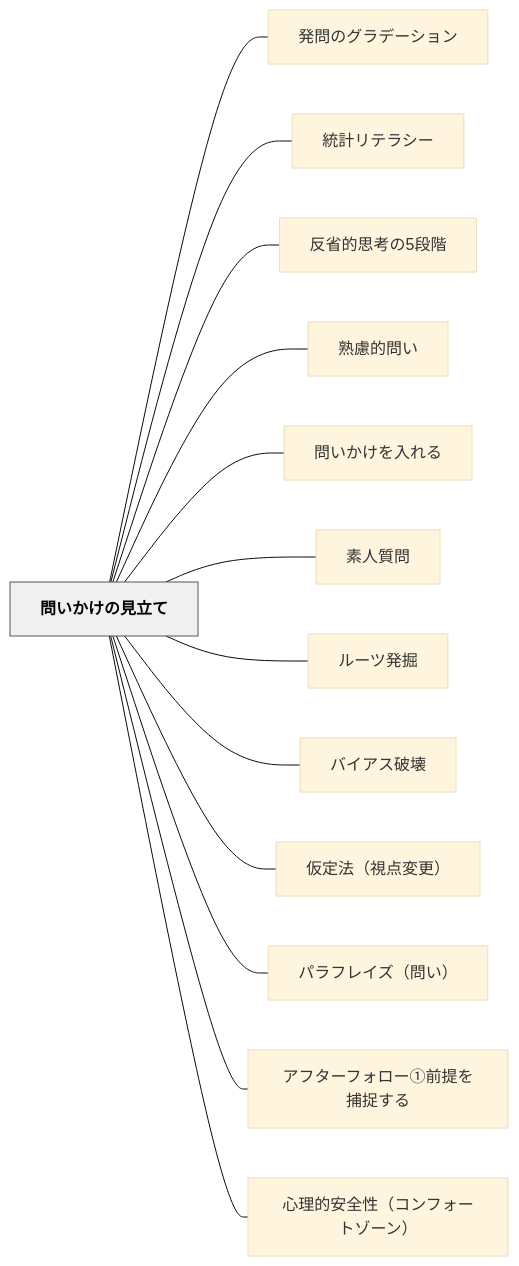
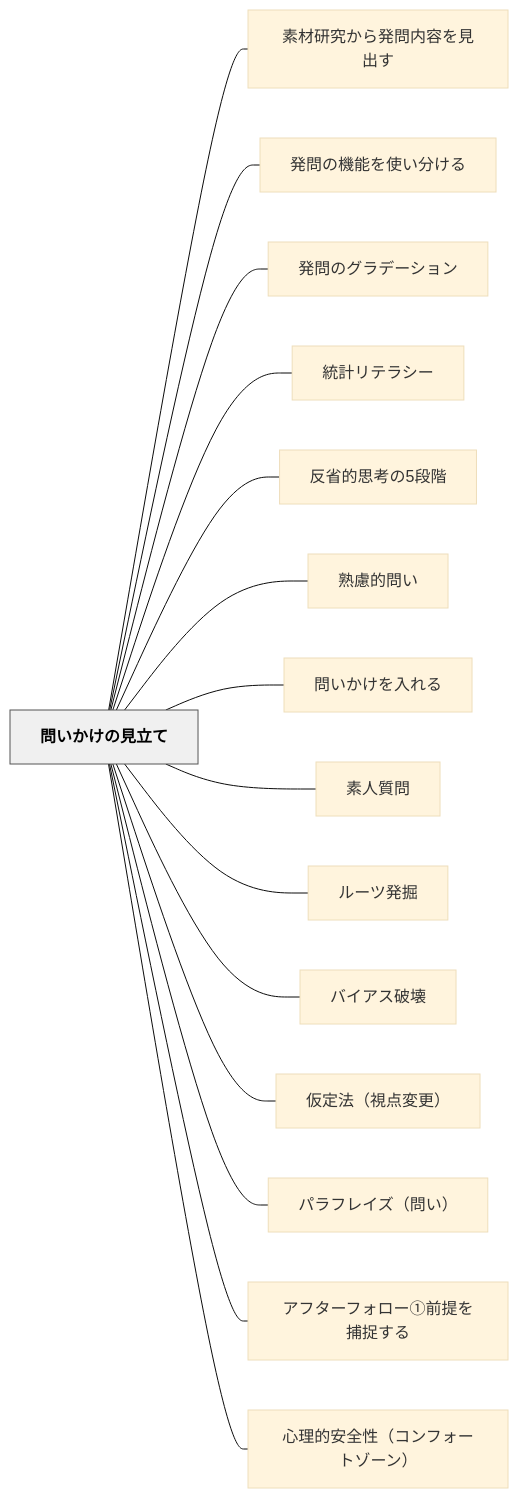
One commit to unknownthings-ed-patterns/unknownthings-ed-patterns changed the diagram in content/パタン/問いかけの見立て.md. Above: the diagram before and after it, drawn with Mermaid (base theme). The commit also changed other lines of this file and 28 other files, not shown here.

````diff
--- a/content/パタン/問いかけの見立て.md
+++ b/content/パタン/問いかけの見立て.md
@@ -114,32 +116,36 @@
 ```mermaid
 flowchart LR
     ne5958fe38184e3818be38191e381aee8a68be7ab8be381a6["問いかけの見立て"]
+    ne7b4a0e69d90e7a094e7a9b6e3818be38289e799bae5958fe58685e5aeb9e38292e8a68be587bae38199["素材研究から発問内容を見出す"]
+    ne799bae5958fe381aee6a99fe883bde38292e4bdbfe38184e58886e38191e3828b["発問の機能を使い分ける"]
     ne799bae5958fe381aee382b0e383a9e38387e383bce382b7e383a7e383b3["発問のグラデーション"]
     ne7b5b1e8a888e383aae38386e383a9e382b7e383bc["統計リテラシー"]
     ne58f8de79c81e79a84e6809de88083e381ae35e6aeb5e99a8e["反省的思考の5段階"]
     ne7869fe685aee79a84e5958fe38184["熟慮的問い"]
     ne5958fe38184e3818be38191e38292e585a5e3828ce3828b["問いかけを入れる"]
     ne7b4a0e4babae8b3aae5958f["素人質問"]
     ne383abe383bce38384e799bae68e98["ルーツ発掘"]
     ne38390e382a4e382a2e382b9e7a0b4e5a38a["バイアス破壊"]
     ne4bbaee5ae9ae6b395efbc88e8a696e782b9e5a489e69bb4efbc89["仮定法（視点変更）"]
     ne38391e383a9e38395e383ace382a4e382baefbc88e5958fe38184efbc89["パラフレイズ（問い）"]
     ne382a2e38395e382bfe383bce38395e382a9e383ade383bce291a0e5898de68f90e38292e68d95e68d89e38199e3828b["アフターフォロー①前提を捕捉する"]
     ne5bf83e79086e79a84e5ae89e585a8e680a7efbc88e382b3e383b3e38395e382a9e383bce38388e382bee383bce383b3efbc89["心理的安全性（コンフォートゾーン）"]
 
+    ne5958fe38184e3818be38191e381aee8a68be7ab8be381a6 --- ne7b4a0e69d90e7a094e7a9b6e3818be38289e799bae5958fe58685e5aeb9e38292e8a68be587bae38199
+    ne5958fe38184e3818be38191e381aee8a68be7ab8be381a6 --- ne799bae5958fe381aee6a99fe883bde38292e4bdbfe38184e58886e38191e3828b
     ne5958fe38184e3818be38191e381aee8a68be7ab8be381a6 --- ne799bae5958fe381aee382b0e383a9e38387e383bce382b7e383a7e383b3
     ne5958fe38184e3818be38191e381aee8a68be7ab8be381a6 --- ne7b5b1e8a888e383aae38386e383a9e382b7e383bc
     ne5958fe38184e3818be38191e381aee8a68be7ab8be381a6 --- ne58f8de79c81e79a84e6809de88083e381ae35e6aeb5e99a8e
     ne5958fe38184e3818be38191e381aee8a68be7ab8be381a6 --- ne7869fe685aee79a84e5958fe38184
     ne5958fe38184e3818be38191e381aee8a68be7ab8be381a6 --- ne5958fe38184e3818be38191e38292e585a5e3828ce3828b
     ne5958fe38184e3818be38191e381aee8a68be7ab8be381a6 --- ne7b4a0e4babae8b3aae5958f
     ne5958fe38184e3818be38191e381aee8a68be7ab8be381a6 --- ne383abe383bce38384e799bae68e98
     ne5958fe38184e3818be38191e381aee8a68be7ab8be381a6 --- ne38390e382a4e382a2e382b9e7a0b4e5a38a
     ne5958fe38184e3818be38191e381aee8a68be7ab8be381a6 --- ne4bbaee5ae9ae6b395efbc88e8a696e782b9e5a489e69bb4efbc89
     ne5958fe38184e3818be38191e381aee8a68be7ab8be381a6 --- ne38391e383a9e38395e383ace382a4e382baefbc88e5958fe38184efbc89
     ne5958fe38184e3818be38191e381aee8a68be7ab8be381a6 --- ne382a2e38395e382bfe383bce38395e382a9e383ade383bce291a0e5898de68f90e38292e68d95e68d89e38199e3828b
     ne5958fe38184e3818be38191e381aee8a68be7ab8be381a6 --- ne5bf83e79086e79a84e5ae89e585a8e680a7efbc88e382b3e383b3e38395e382a9e383bce38388e382bee383bce383b3efbc89
 
     classDef hub fill:#f0f0f0,stroke:#555,color:#000,font-weight:bold
     class ne5958fe38184e3818be38191e381aee8a68be7ab8be381a6 hub
 ```
````
